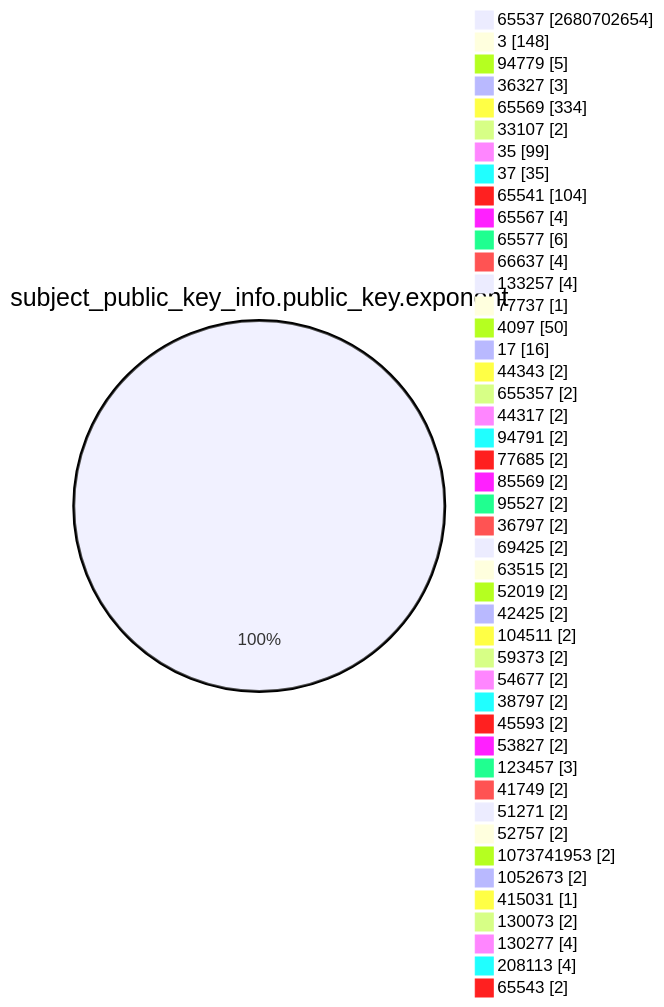
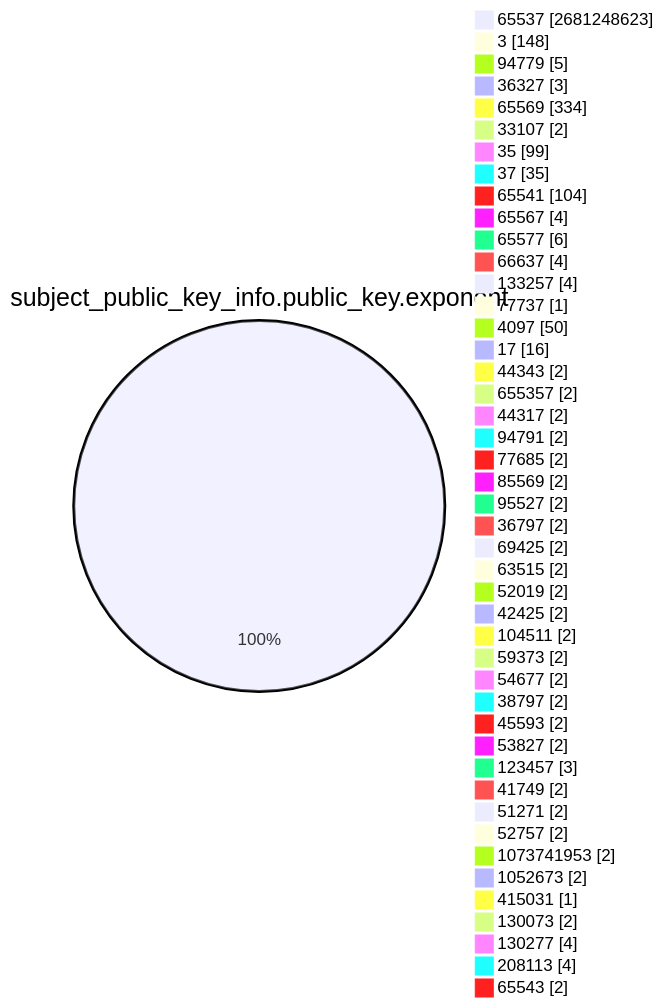
One commit to christiankrug/ctmonitor_visualization changed the fourth of 15 diagrams in TOTAL/README.md. Above: the diagram before and after it, drawn with Mermaid. The commit also changed other lines of this file, not shown here.

````diff
--- a/TOTAL/README.md
+++ b/TOTAL/README.md
@@ -1466,49 +1466,49 @@
 ```mermaid
 pie showData
 title subject_public_key_info.public_key.exponent
-"65537" :2680702654
+"65537" :2681248623
 "3" :148
 "94779" :5
 "36327" :3
 "65569" :334
 "33107" :2
 "35" :99
 "37" :35
 "65541" :104
 "65567" :4
 "65577" :6
 "66637" :4
 "133257" :4
 "77737" :1
 "4097" :50
 "17" :16
 "44343" :2
 "655357" :2
 "44317" :2
 "94791" :2
 "77685" :2
 "85569" :2
 "95527" :2
 "36797" :2
 "69425" :2
 "63515" :2
 "52019" :2
 "42425" :2
 "104511" :2
 "59373" :2
 "54677" :2
 "38797" :2
 "45593" :2
 "53827" :2
 "123457" :3
 "41749" :2
 "51271" :2
 "52757" :2
 "1073741953" :2
 "1052673" :2
 "415031" :1
 "130073" :2
 "130277" :4
 "208113" :4
 "65543" :2
 ```
````
